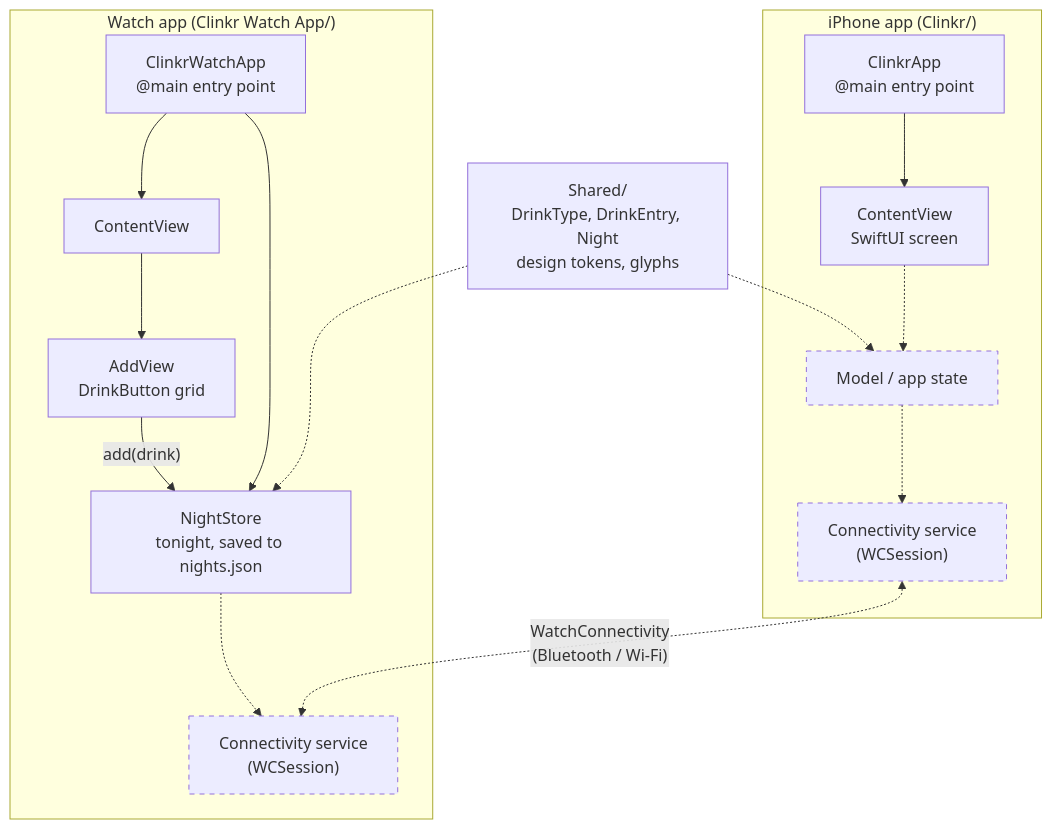
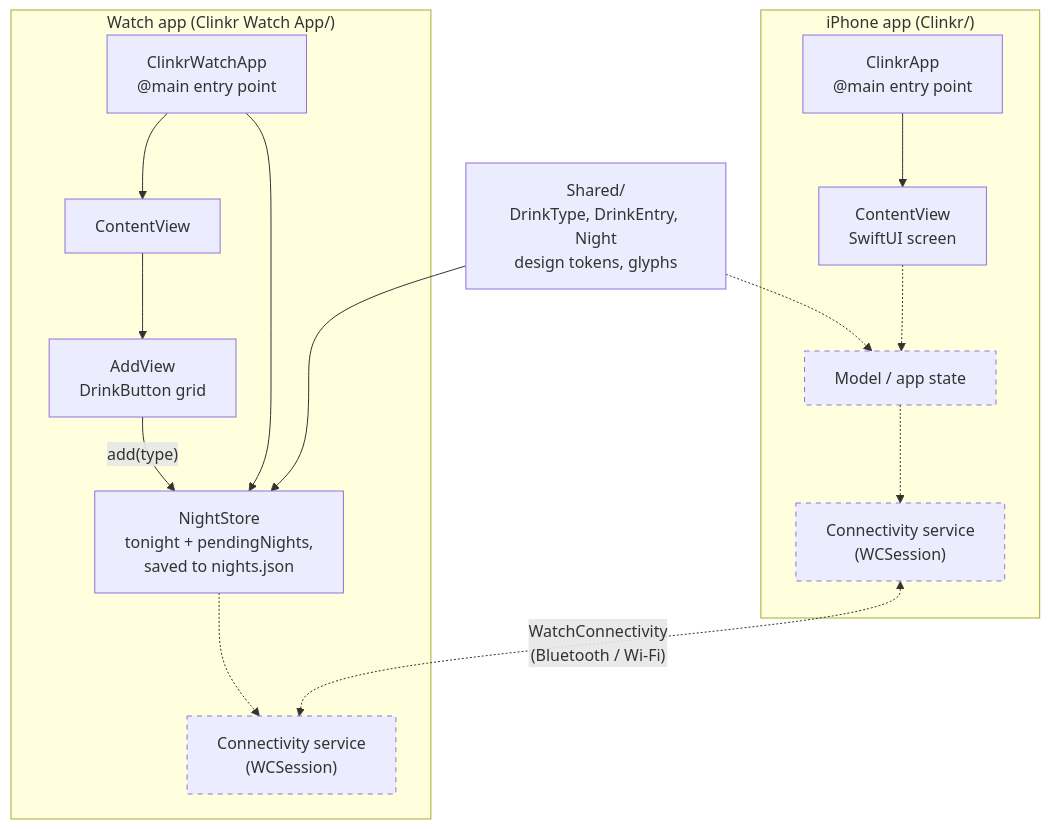
The second of 3 diagrams in docs/ARCHITECTURE.md (pablocolaiacovo/clink), drawn with Mermaid before and after one commit. The commit also changed other lines of this file and 2 other files, not shown here.

Commit message:
Bring the docs up to date with the last few PRs
The architecture diagram now shows NightStore using Shared/ and its
pendingNights queue, and labels the Add screen's call as add(type).
CLAUDE.md points to the pull request and code comment rules in
CONTRIBUTING.md, and the README links to the architecture diagrams.

````diff
--- a/docs/ARCHITECTURE.md
+++ b/docs/ARCHITECTURE.md
@@ -34,28 +34,28 @@
 ```mermaid
 flowchart TB
     subgraph phone["iPhone app (Clinkr/)"]
         pApp["ClinkrApp<br/>@main entry point"] --> pView["ContentView<br/>SwiftUI screen"]
         pModel["Model / app state"]:::planned
         pSync["Connectivity service<br/>(WCSession)"]:::planned
         pView -.-> pModel
         pModel -.-> pSync
     end
 
     subgraph watch["Watch app (Clinkr Watch App/)"]
         wApp["ClinkrWatchApp<br/>@main entry point"] --> wView["ContentView"]
         wView --> wAdd["AddView<br/>DrinkButton grid"]
-        wModel["NightStore<br/>tonight, saved to nights.json"]
+        wModel["NightStore<br/>tonight + pendingNights,<br/>saved to nights.json"]
         wSync["Connectivity service<br/>(WCSession)"]:::planned
         wApp --> wModel
-        wAdd -- "add(drink)" --> wModel
+        wAdd -- "add(type)" --> wModel
         wModel -.-> wSync
     end
 
     shared["Shared/<br/>DrinkType, DrinkEntry, Night<br/>design tokens, glyphs"]
     shared -.-> pModel
-    shared -.-> wModel
+    shared --> wModel
 
     pSync <-. "WatchConnectivity<br/>(Bluetooth / Wi-Fi)" .-> wSync
 
     classDef planned stroke-dasharray: 5 5
 ```
````
